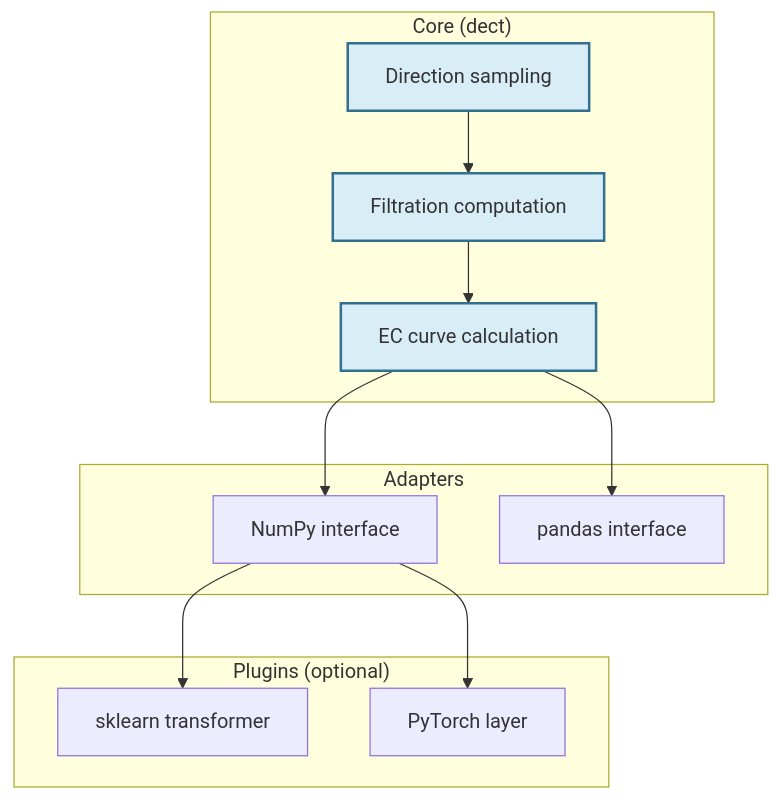
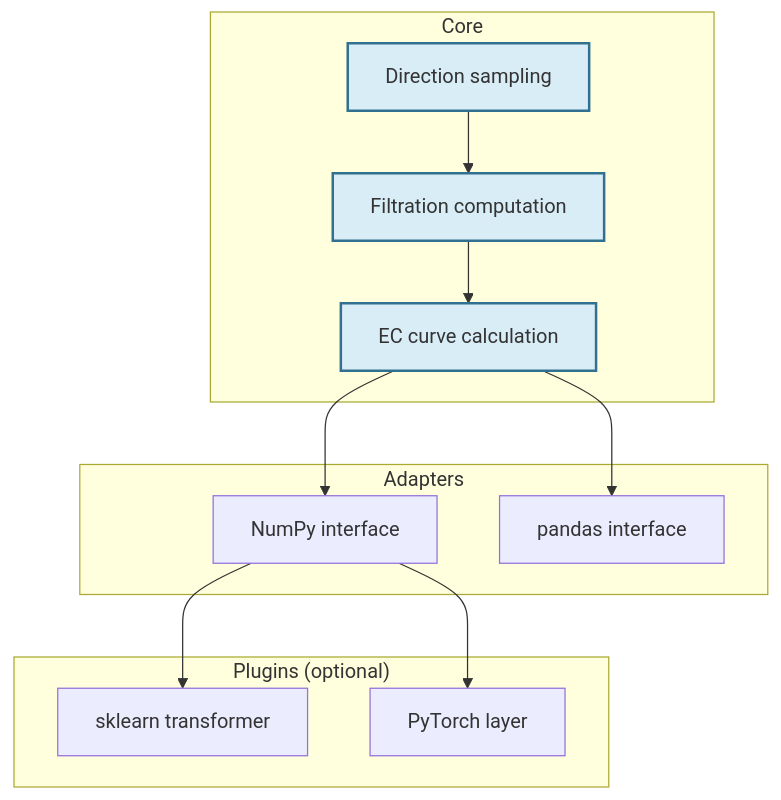
Before and after one commit to Krv-Labs/trailed: the second of 2 diagrams in docs/source/overview.rst, drawn with Mermaid. The commit also changed other lines of this file and 5 other files, not shown here.

```diff
--- a/docs/source/overview.rst
+++ b/docs/source/overview.rst
@@ -77,29 +117,29 @@
 .. mermaid::
 
    graph TB
-      subgraph "Core (dect)"
+      subgraph "Core"
          A["Direction sampling"]
          B["Filtration computation"]
          C["EC curve calculation"]
       end
 
       subgraph "Adapters"
          D["NumPy interface"]
          E["pandas interface"]
       end
 
       subgraph "Plugins (optional)"
          F["sklearn transformer"]
          G["PyTorch layer"]
       end
 
       A --> B
       B --> C
       C --> D
       C --> E
       D --> F
       D --> G
 
       style A fill:#D9EDF7,stroke:#31708F,stroke-width:2px
       style B fill:#D9EDF7,stroke:#31708F,stroke-width:2px
       style C fill:#D9EDF7,stroke:#31708F,stroke-width:2px
```
